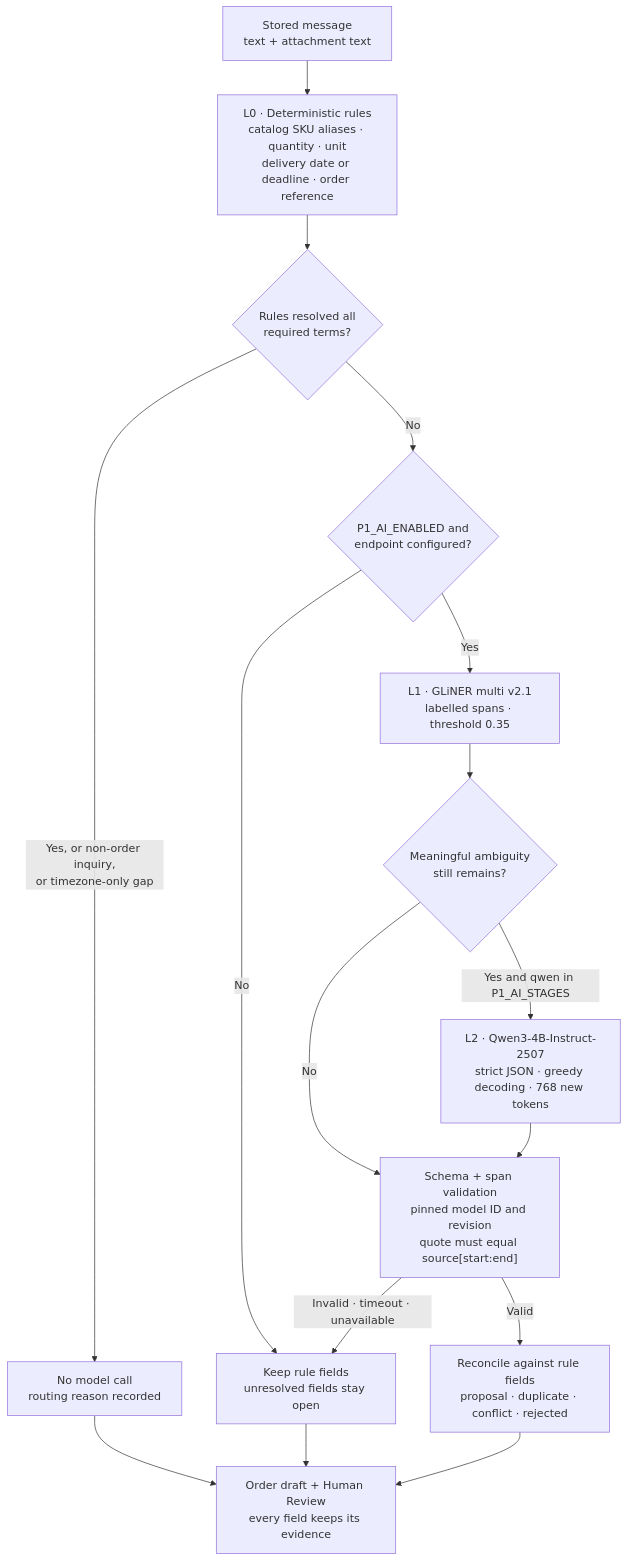
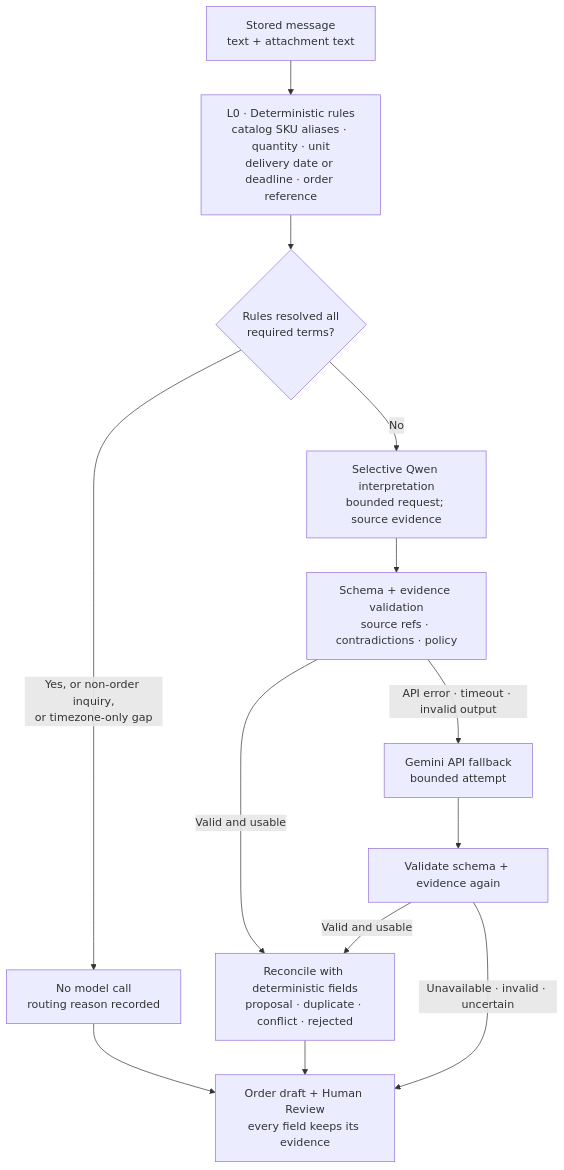
One commit to jiahui-1101/MouManTAI changed the fourth of 8 diagrams in README.md. Above: the diagram before and after it, drawn with Mermaid. The commit also changed other lines of this file, not shown here.

````diff
--- a/README.md
+++ b/README.md
@@ -289,18 +320,15 @@
 ```mermaid
 flowchart TD
     IN["Stored message<br/>text + attachment text"] --> L0["L0 · Deterministic rules<br/>catalog SKU aliases · quantity · unit<br/>delivery date or deadline · order reference"]
     L0 --> Q0{"Rules resolved all<br/>required terms?"}
     Q0 -- "Yes, or non-order inquiry,<br/>or timezone-only gap" --> NOAI["No model call<br/>routing reason recorded"]
-    Q0 -- "No" --> EN{"P1_AI_ENABLED and<br/>endpoint configured?"}
-    EN -- "No" --> RULES["Keep rule fields<br/>unresolved fields stay open"]
-    EN -- "Yes" --> L1["L1 · GLiNER multi v2.1<br/>labelled spans · threshold 0.35"]
-    L1 --> Q1{"Meaningful ambiguity<br/>still remains?"}
-    Q1 -- "No" --> VAL
-    Q1 -- "Yes and qwen in P1_AI_STAGES" --> L2["L2 · Qwen3-4B-Instruct-2507<br/>strict JSON · greedy decoding · 768 new tokens"]
-    L2 --> VAL["Schema + span validation<br/>pinned model ID and revision<br/>quote must equal source[start:end]"]
-    VAL -- "Valid" --> RECON["Reconcile against rule fields<br/>proposal · duplicate · conflict · rejected"]
-    VAL -- "Invalid · timeout · unavailable" --> RULES
+    Q0 -- "No" --> QWEN["Selective Qwen interpretation<br/>bounded request; source evidence"]
+    QWEN --> VQ["Schema + evidence validation<br/>source refs · contradictions · policy"]
+    VQ -- "Valid and usable" --> RECON["Reconcile with deterministic fields<br/>proposal · duplicate · conflict · rejected"]
+    VQ -- "API error · timeout · invalid output" --> GEM["Gemini API fallback<br/>bounded attempt"]
+    GEM --> VG["Validate schema + evidence again"]
+    VG -- "Valid and usable" --> RECON
+    VG -- "Unavailable · invalid · uncertain" --> HR
     NOAI --> HR["Order draft + Human Review<br/>every field keeps its evidence"]
-    RULES --> HR
     RECON --> HR
 ```
````
